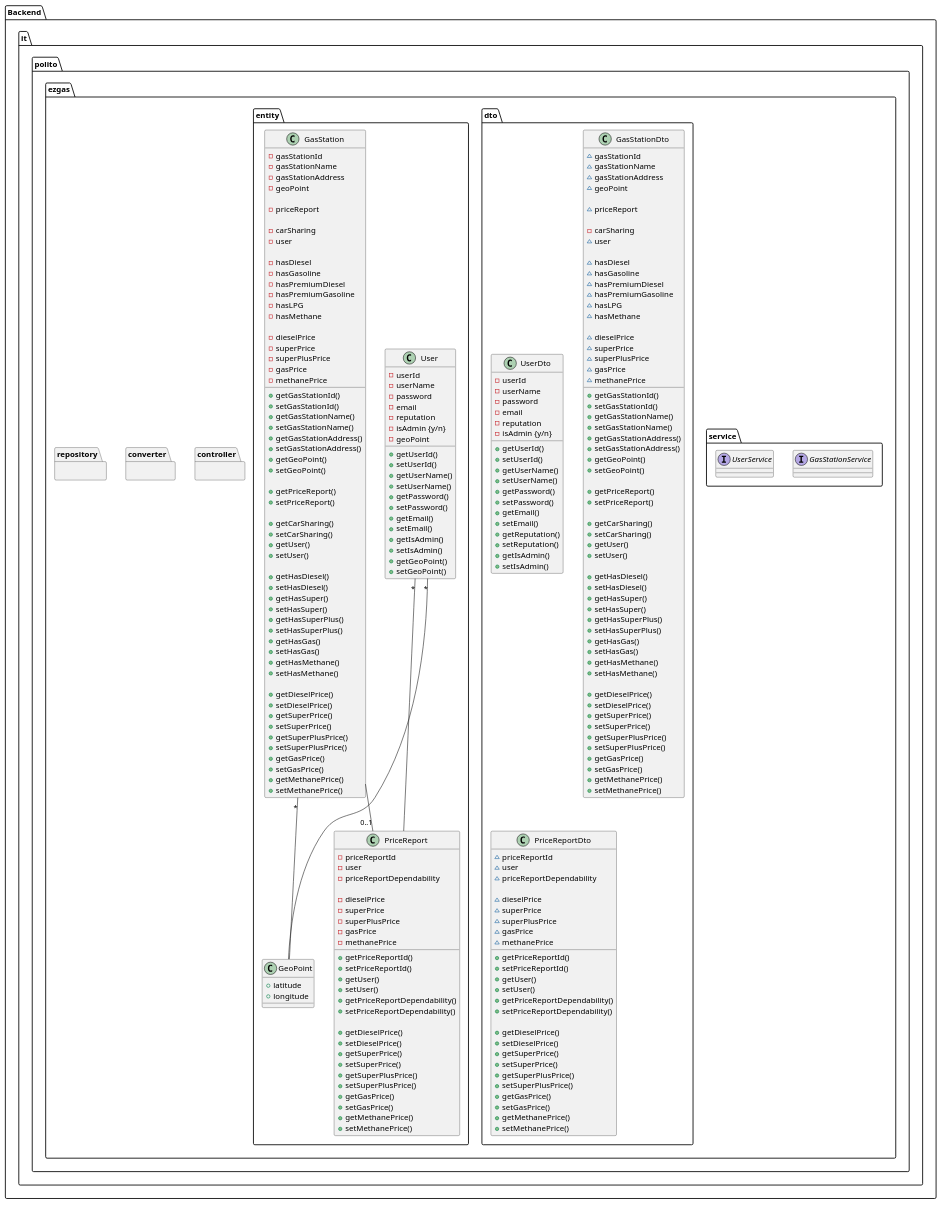
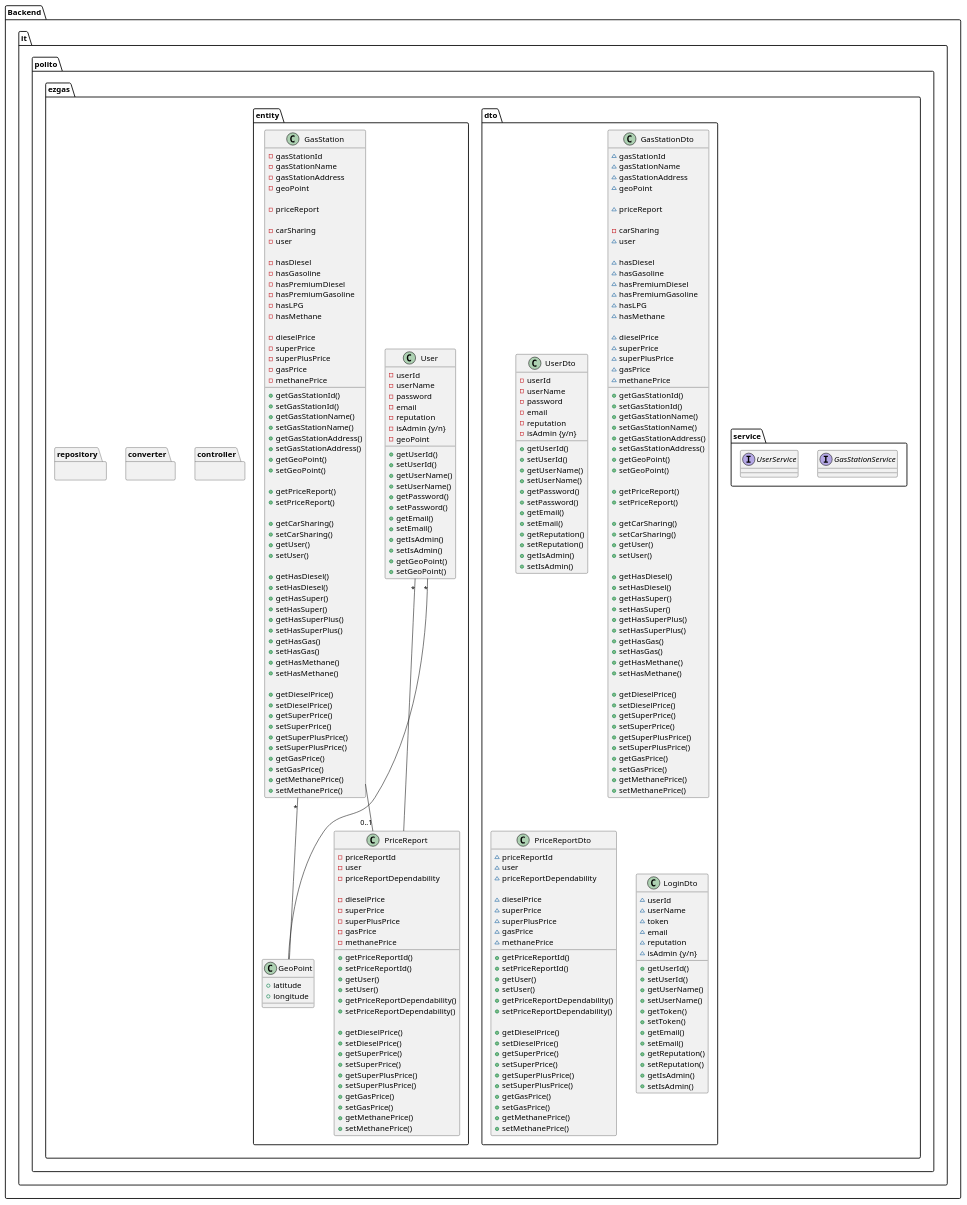
The fourth of 4 diagrams in docs/DesignDocument.md (e-caste/SoftEng-EZGas), drawn with PlantUML before and after one commit.

Commit message:
add LoginDto class

```diff
--- a/docs/DesignDocument.md
+++ b/docs/DesignDocument.md
@@ -351,6 +351,27 @@
             + setGasPrice()
             + getMethanePrice()
             + setMethanePrice()
+        }
+
+        class LoginDto {
+         ~ userId
+         ~ userName
+         ~ token
+         ~ email
+         ~ reputation
+         ~ isAdmin {y/n}
+            + getUserId()
+            + setUserId()
+            + getUserName()
+            + setUserName()
+            + getToken()
+            + setToken()
+            + getEmail()
+            + setEmail()
+            + getReputation()
+            + setReputation()
+            + getIsAdmin()
+            + setIsAdmin()
         }
     }
     
```
